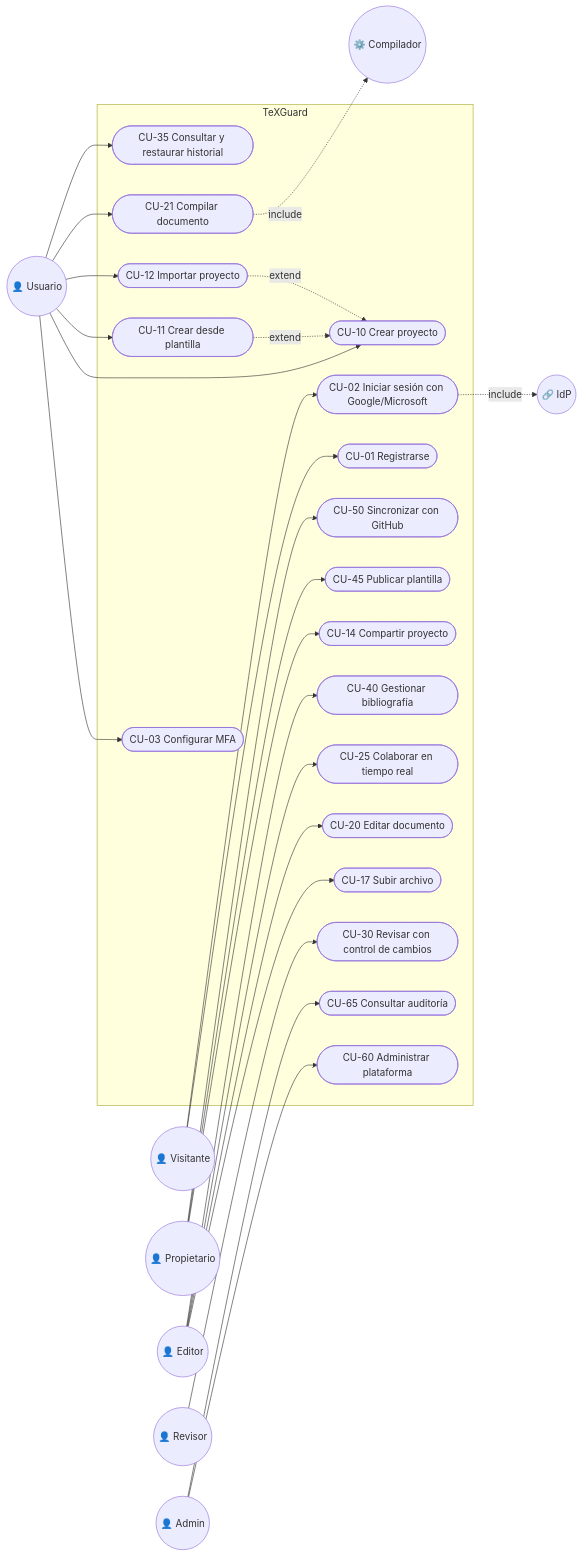
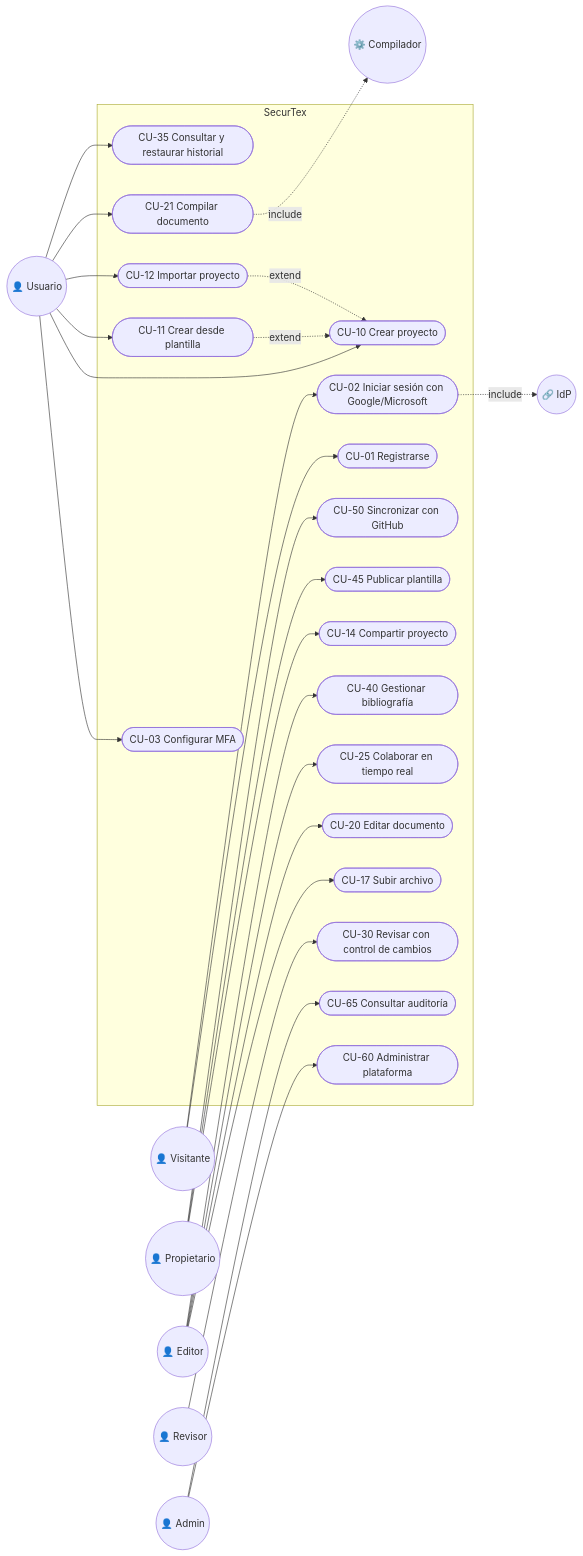
Before and after one commit to SecurTex-Devs/securetex: the second of 6 diagrams in docs/07-Casos-de-Uso.md, drawn with Mermaid. The commit also changed other lines of this file and 25 other files, not shown here.

First line of the commit message:
refactor: renombra el producto de TeXGuard a SecurTex

````diff
--- a/docs/07-Casos-de-Uso.md
+++ b/docs/07-Casos-de-Uso.md
@@ -45,56 +45,56 @@
 ```mermaid
 graph LR
     V(("👤 Visitante"))
     U(("👤 Usuario"))
     P(("👤 Propietario"))
     E(("👤 Editor"))
     R(("👤 Revisor"))
     A(("👤 Admin"))
     IDP(("🔗 IdP"))
     SC(("⚙️ Compilador"))
 
-    subgraph SISTEMA["TeXGuard"]
+    subgraph SISTEMA["SecurTex"]
         UC01(["CU-01 Registrarse"])
         UC02(["CU-02 Iniciar sesión con Google/Microsoft"])
         UC03(["CU-03 Configurar MFA"])
         UC10(["CU-10 Crear proyecto"])
         UC11(["CU-11 Crear desde plantilla"])
         UC12(["CU-12 Importar proyecto"])
         UC14(["CU-14 Compartir proyecto"])
         UC17(["CU-17 Subir archivo"])
         UC20(["CU-20 Editar documento"])
         UC21(["CU-21 Compilar documento"])
         UC25(["CU-25 Colaborar en tiempo real"])
         UC30(["CU-30 Revisar con control de cambios"])
         UC35(["CU-35 Consultar y restaurar historial"])
         UC40(["CU-40 Gestionar bibliografía"])
         UC45(["CU-45 Publicar plantilla"])
         UC50(["CU-50 Sincronizar con GitHub"])
         UC60(["CU-60 Administrar plataforma"])
         UC65(["CU-65 Consultar auditoría"])
     end
 
     V --> UC01
     V --> UC02
     U --> UC03
     U --> UC10
     U --> UC11
     U --> UC12
     P --> UC14
     E --> UC17
     E --> UC20
     U --> UC21
     E --> UC25
     R --> UC30
     U --> UC35
     E --> UC40
     P --> UC45
     P --> UC50
     A --> UC60
     A --> UC65
 
     UC02 -.->|include| IDP
     UC21 -.->|include| SC
     UC11 -.->|extend| UC10
     UC12 -.->|extend| UC10
 ```
````
